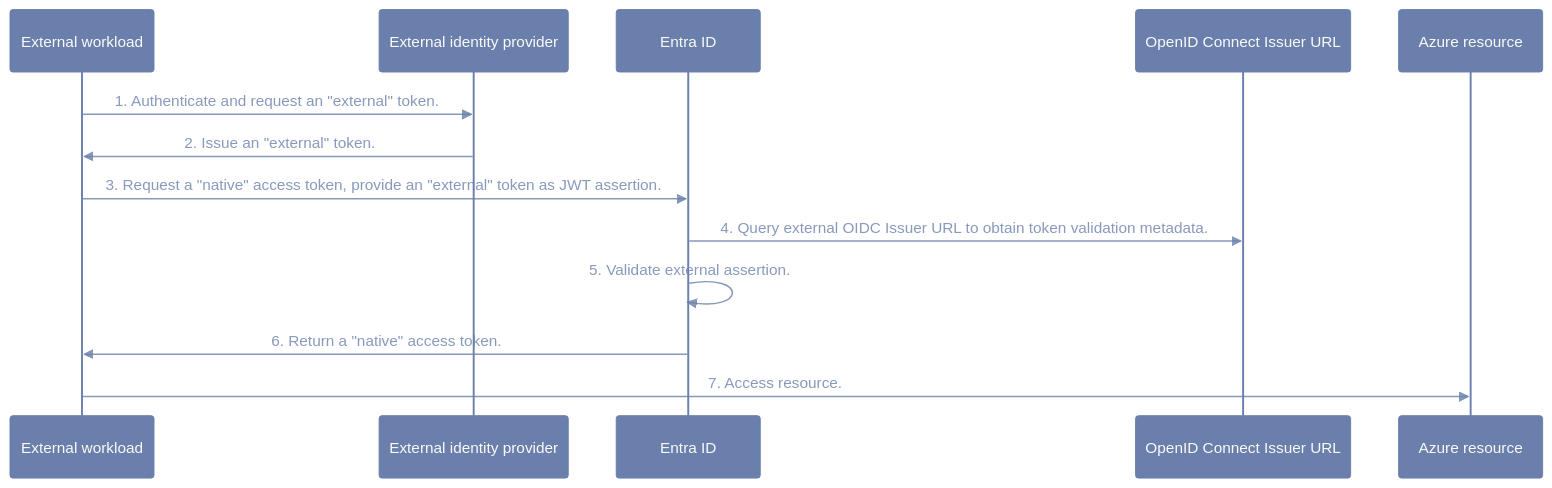
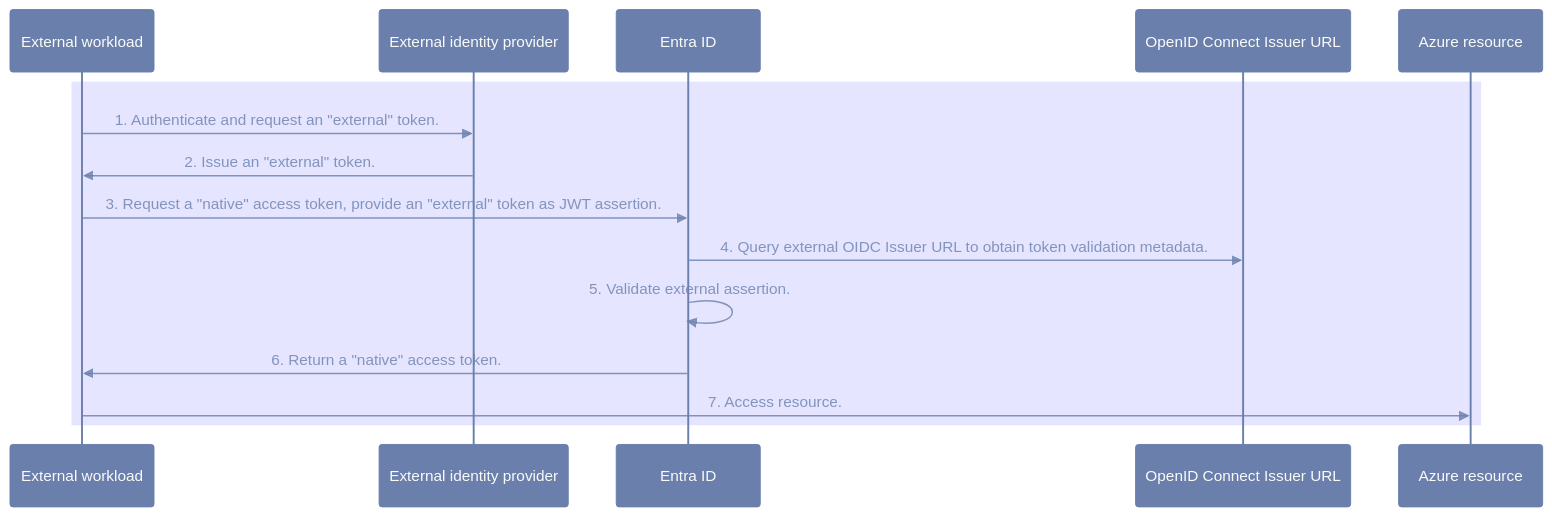
Before and after one commit to lucas-ko/lucas-ko.github.io: the second of 3 diagrams in _posts/2025-01-11-Workload-Identity-Federation-Hidden-Risks.md, drawn with Mermaid. The commit also changed other lines of this file, not shown here.

````diff
--- a/_posts/2025-01-11-Workload-Identity-Federation-Hidden-Risks.md
+++ b/_posts/2025-01-11-Workload-Identity-Federation-Hidden-Risks.md
@@ -52,26 +54,28 @@
 ```mermaid
 %%{init:{
   'theme':'base',
   'themeVariables': {
     'primaryColor':'#6A7FAB',
     'primaryTextColor':'#FAFBF9',
     'primaryBorderColor':'#6A7FAB',
     'lineColor':'#6A7FABCC',
     'textColor':'#6A7FABCC',
     'fontSize':'16px'
   }
 }}%%
   sequenceDiagram
+  rect rgba(0, 0, 255, .1)
     participant EW as External workload
     participant EIDP as External identity provider
     participant EID as Entra ID
     participant EOIDC as OpenID Connect Issuer URL   
     participant Az as Azure resource
     EW ->> EIDP: 1. Authenticate and request an "external" token.
     EIDP ->> EW: 2. Issue an "external" token.
     EW ->> EID: 3. Request a "native" access token, provide an "external" token as JWT assertion.
     EID->> EOIDC: 4. Query external OIDC Issuer URL to obtain token validation metadata.
     EID->> EID: 5. Validate external assertion.
     EID ->> EW: 6. Return a "native" access token.
     EW ->> Az: 7. Access resource.
+  end
 ```
````
